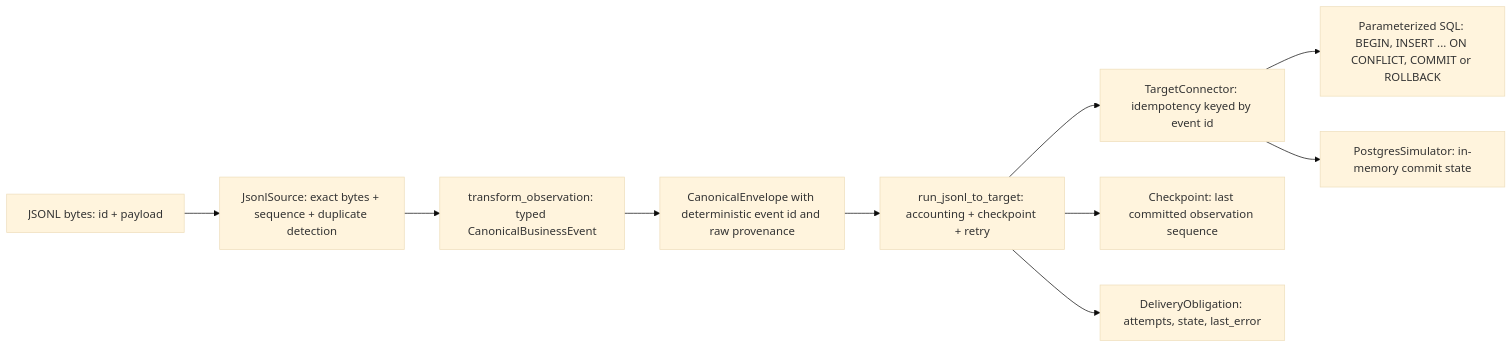
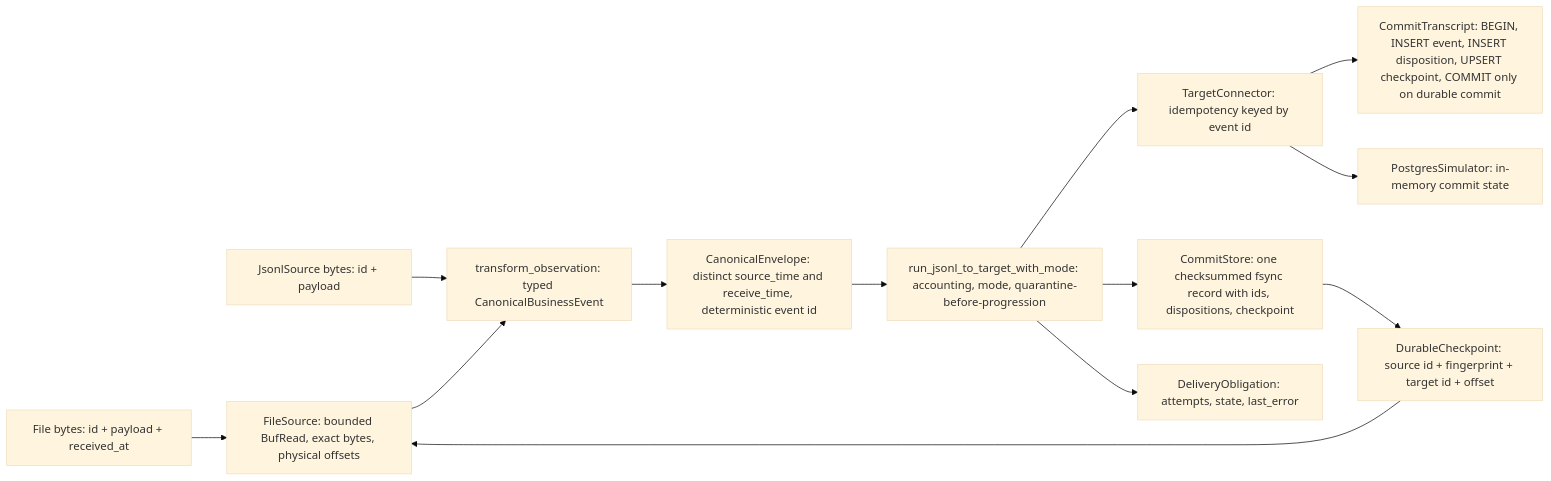
One commit to siebengestirn/fieldbook changed the diagram in docs/JSONL_POSTGRES_REFERENCE.md. Above: the diagram before and after it, drawn with Mermaid (base theme). The commit also changed other lines of this file and 6 other files, not shown here.

Commit message:
docs(p6): record durable pipeline status and honest limits

````diff
--- a/docs/JSONL_POSTGRES_REFERENCE.md
+++ b/docs/JSONL_POSTGRES_REFERENCE.md
@@ -15,12 +20,15 @@
 ```mermaid
 flowchart LR
-    JSONL[JSONL bytes: id + payload] --> SOURCE[JsonlSource: exact bytes + sequence + duplicate detection]
-    SOURCE --> TX[transform_observation: typed CanonicalBusinessEvent]
-    TX --> ENV[CanonicalEnvelope with deterministic event id and raw provenance]
-    ENV --> RUNNER[run_jsonl_to_target: accounting + checkpoint + retry]
+    FILE[File bytes: id + payload + received_at] --> SRC[FileSource: bounded BufRead, exact bytes, physical offsets]
+    MEM[JsonlSource bytes: id + payload] --> TX[transform_observation: typed CanonicalBusinessEvent]
+    SRC --> TX
+    TX --> ENV[CanonicalEnvelope: distinct source_time and receive_time, deterministic event id]
+    ENV --> RUNNER[run_jsonl_to_target_with_mode: accounting, mode, quarantine-before-progression]
     RUNNER --> TARGET[TargetConnector: idempotency keyed by event id]
-    TARGET --> SQL[Parameterized SQL: BEGIN, INSERT ... ON CONFLICT, COMMIT or ROLLBACK]
+    TARGET --> SQL[CommitTranscript: BEGIN, INSERT event, INSERT disposition, UPSERT checkpoint, COMMIT only on durable commit]
     TARGET --> SIM[PostgresSimulator: in-memory commit state]
-    RUNNER --> CP[Checkpoint: last committed observation sequence]
+    RUNNER --> STORE[CommitStore: one checksummed fsync record with ids, dispositions, checkpoint]
+    STORE --> ANCHOR[DurableCheckpoint: source id + fingerprint + target id + offset]
+    ANCHOR --> SRC
     RUNNER --> OBL[DeliveryObligation: attempts, state, last_error]
 ```
````
